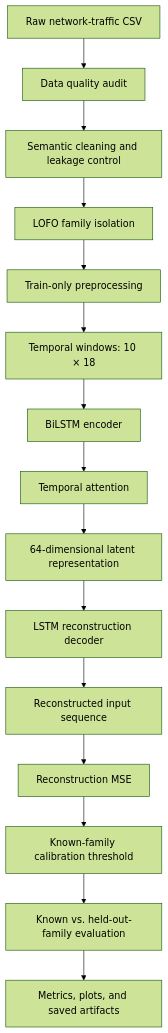
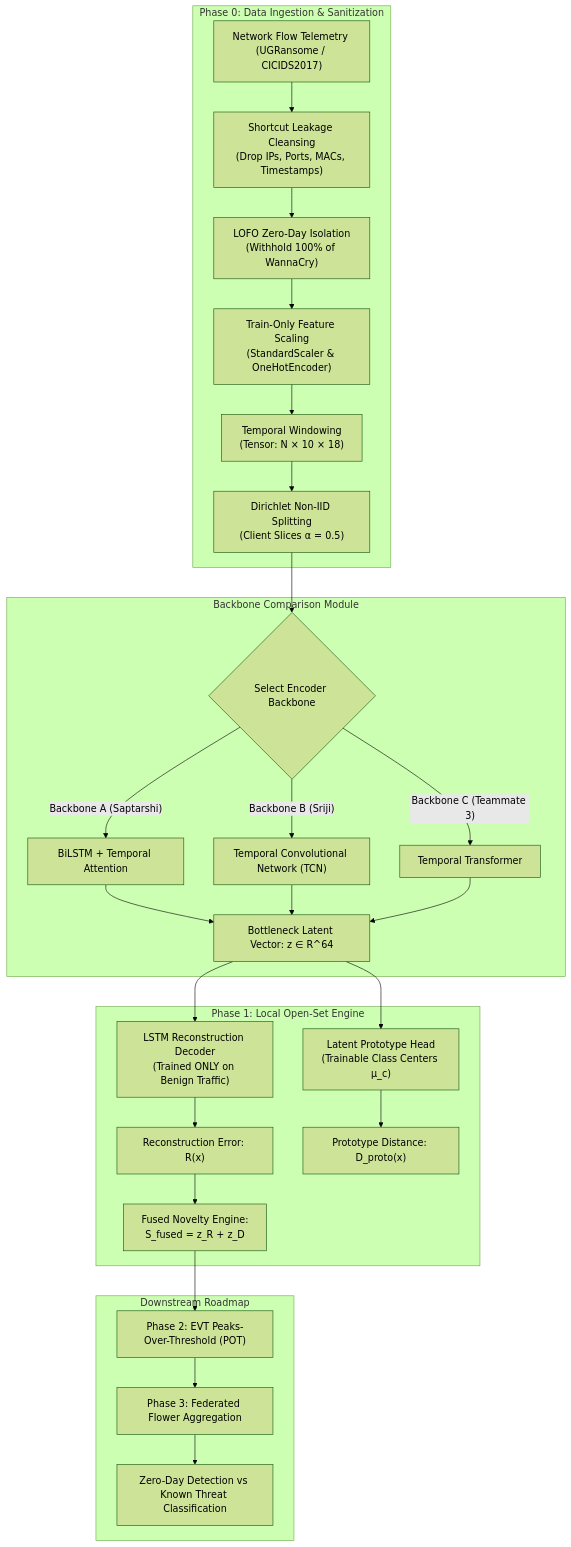
One commit to Sap1x/FedEVT-OSAD-Federated-Extreme-Value-Theory-Open-Set-Anomaly-Detection-for-Zero-Day-Cyberattacks changed the diagram in README.md. Above: the diagram before and after it, drawn with Mermaid (forest theme). The commit also changed other lines of this file, not shown here.

Commit message:
Reframe README to multi-backbone comparative framework (BiLSTM, TCN, Transformer)

````diff
--- a/README.md
+++ b/README.md
@@ -76,17 +135,34 @@
 ``` mermaid
 flowchart TD
-    A["Raw network-traffic CSV"] --> B["Data quality audit"]
-    B --> C["Semantic cleaning and leakage control"]
-    C --> D["LOFO family isolation"]
-    D --> E["Train-only preprocessing"]
-    E --> F["Temporal windows: 10 × 18"]
-    F --> G["BiLSTM encoder"]
-    G --> H["Temporal attention"]
-    H --> I["64-dimensional latent representation"]
-    I --> J["LSTM reconstruction decoder"]
-    J --> K["Reconstructed input sequence"]
-    K --> L["Reconstruction MSE"]
-    L --> M["Known-family calibration threshold"]
-    M --> N["Known vs. held-out-family evaluation"]
-    N --> O["Metrics, plots, and saved artifacts"]
+    subgraph Phase 0: Data Ingestion & Sanitization
+        A["Network Flow Telemetry (UGRansome / CICIDS2017)"] --> B["Shortcut Leakage Cleansing\n(Drop IPs, Ports, MACs, Timestamps)"]
+        B --> C["LOFO Zero-Day Isolation\n(Withhold 100% of WannaCry)"]
+        C --> D["Train-Only Feature Scaling\n(StandardScaler & OneHotEncoder)"]
+        D --> E["Temporal Windowing\n(Tensor: N × 10 × 18)"]
+        E --> F["Dirichlet Non-IID Splitting\n(Client Slices α = 0.5)"]
+    end
+
+    subgraph Backbone Comparison Module
+        F --> G{"Select Encoder Backbone"}
+        G -->|"Backbone A (Saptarshi)"| H1["BiLSTM + Temporal Attention"]
+        G -->|"Backbone B (Sriji)"| H2["Temporal Convolutional Network (TCN)"]
+        G -->|"Backbone C (Teammate 3)"| H3["Temporal Transformer"]
+        H1 --> I["Bottleneck Latent Vector: z ∈ R^64"]
+        H2 --> I
+        H3 --> I
+    end
+
+    subgraph Phase 1: Local Open-Set Engine
+        I --> J["LSTM Reconstruction Decoder\n(Trained ONLY on Benign Traffic)"]
+        I --> K["Latent Prototype Head\n(Trainable Class Centers μ_c)"]
+        J --> L["Reconstruction Error: R(x)"]
+        K --> M["Prototype Distance: D_proto(x)"]
+        L --> N["Fused Novelty Engine:\nS_fused = z_R + z_D"]
+    end
+
+    subgraph Downstream Roadmap
+        N --> O["Phase 2: EVT Peaks-Over-Threshold (POT)"]
+        O --> P["Phase 3: Federated Flower Aggregation"]
+        P --> Q["Zero-Day Detection vs Known Threat Classification"]
+    end
 ```
````
